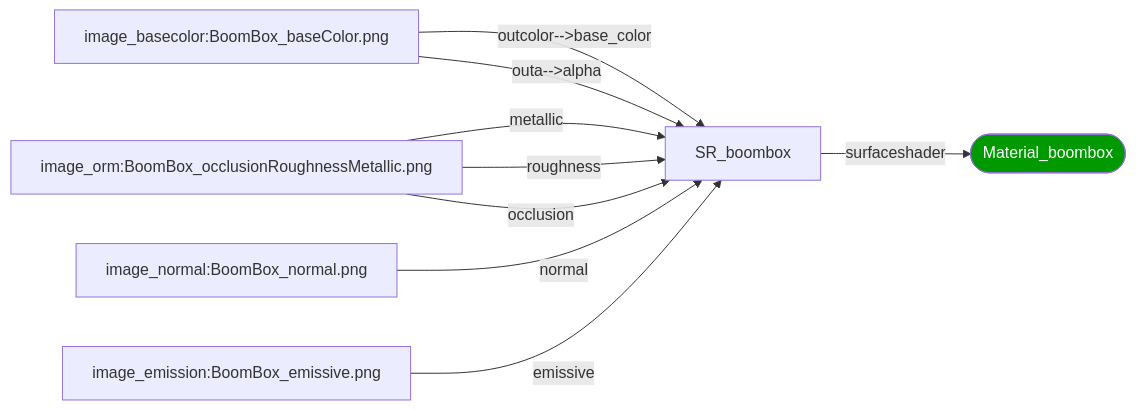
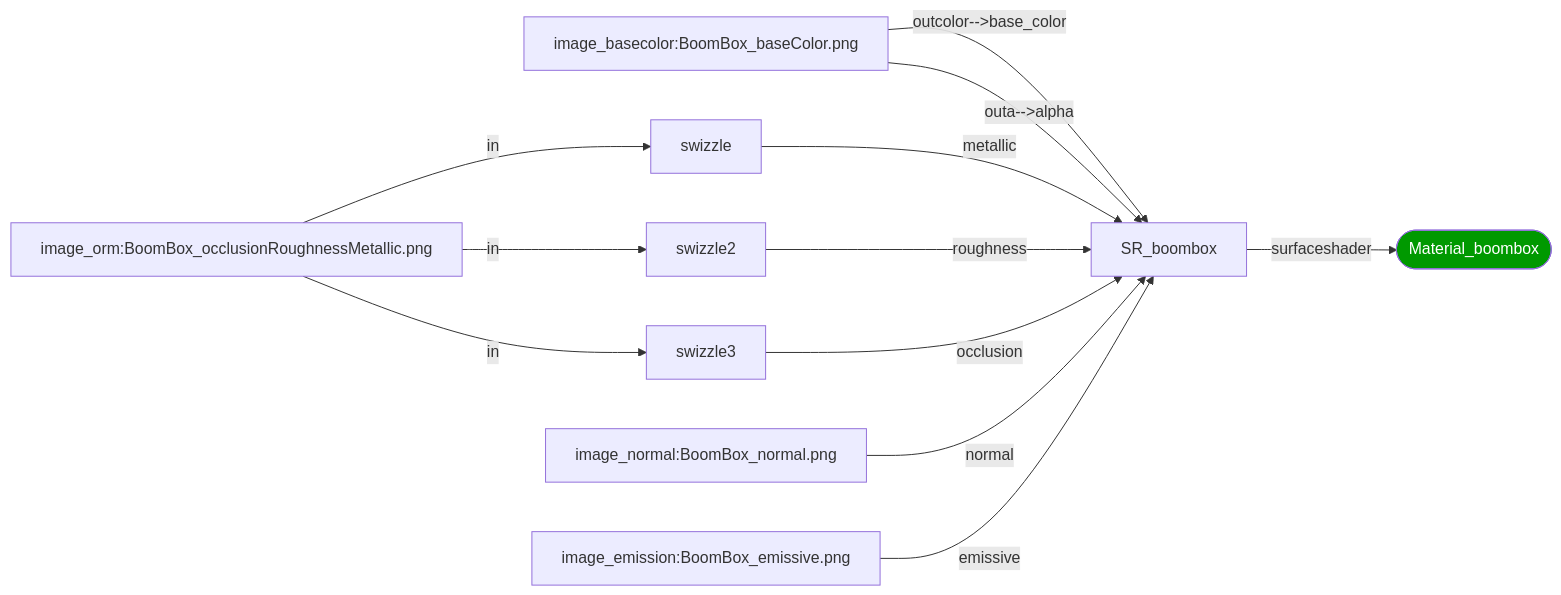
One commit to kwokcb/MaterialX_Learn changed the diagram in resources/Materials/Examples/GltfPbr/gltf_pbr_boombox.md. Above: the diagram before and after it, drawn with Mermaid. The commit also changed 7 other files, not shown here.

````diff
--- a/resources/Materials/Examples/GltfPbr/gltf_pbr_boombox.md
+++ b/resources/Materials/Examples/GltfPbr/gltf_pbr_boombox.md
@@ -1,18 +1,24 @@
 ```mermaid
 graph LR
     image_basecolor[image_basecolor:BoomBox_baseColor.png]
     image_orm[image_orm:BoomBox_occlusionRoughnessMetallic.png]
     image_normal[image_normal:BoomBox_normal.png]
     image_emission[image_emission:BoomBox_emissive.png]
+    swizzle[swizzle]
+    swizzle2[swizzle2]
+    swizzle3[swizzle3]
     SR_boombox[SR_boombox]
     style Material_boombox  fill:#090, color:#FFF
     Material_boombox([Material_boombox])
+    image_orm --"in"--> swizzle
+    image_orm --"in"--> swizzle2
+    image_orm --"in"--> swizzle3
     image_basecolor --"outcolor-->base_color"--> SR_boombox
     image_basecolor --"outa-->alpha"--> SR_boombox
-    image_orm --"metallic"--> SR_boombox
-    image_orm --"roughness"--> SR_boombox
-    image_orm --"occlusion"--> SR_boombox
+    swizzle --"metallic"--> SR_boombox
+    swizzle2 --"roughness"--> SR_boombox
+    swizzle3 --"occlusion"--> SR_boombox
     image_normal --"normal"--> SR_boombox
     image_emission --"emissive"--> SR_boombox
     SR_boombox --"surfaceshader"--> Material_boombox
 ```
````
